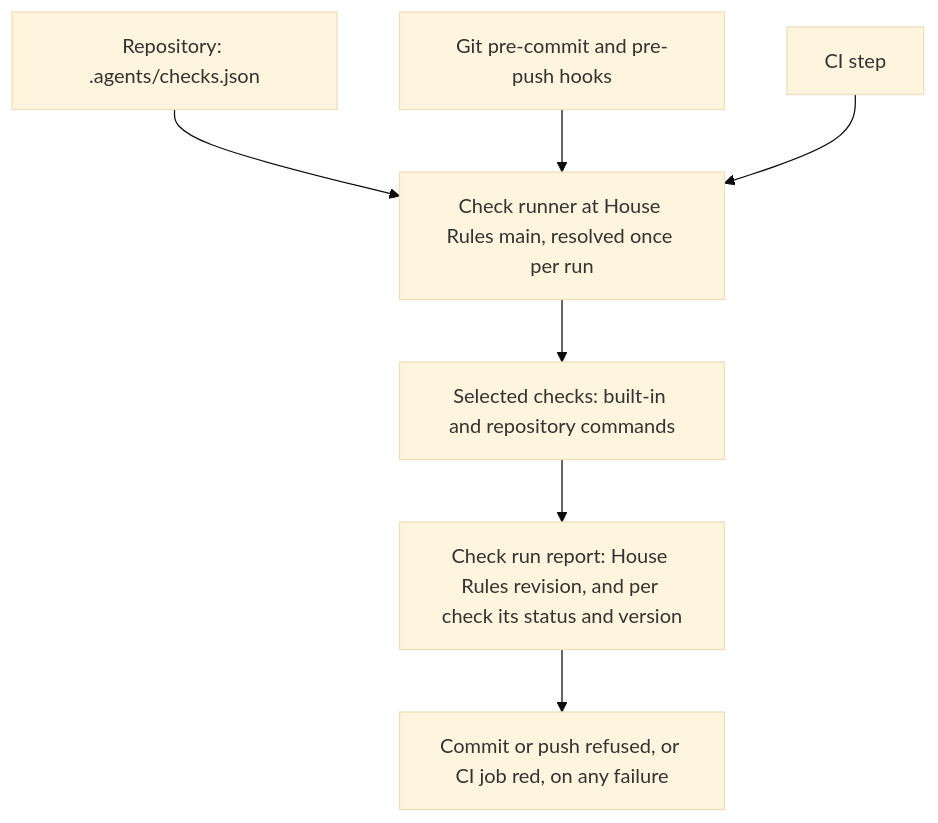
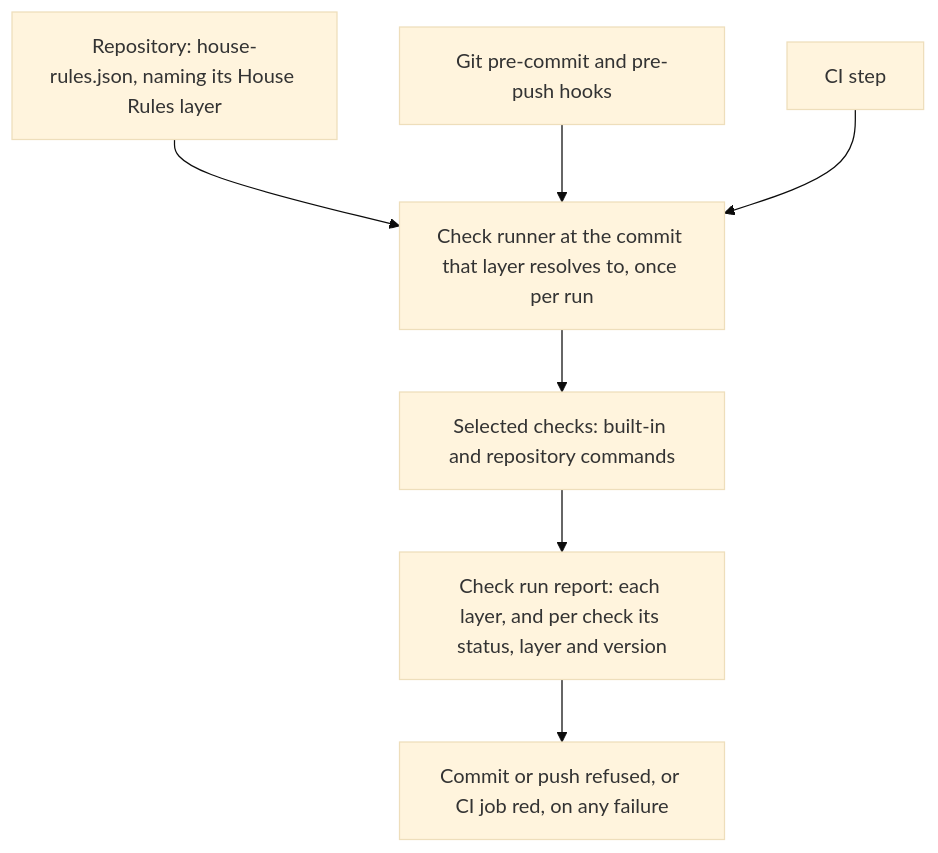
One commit to symbiotic-build/house-rules changed the diagram in docs/design/194-repository-checks.md. Above: the diagram before and after it, drawn with Mermaid (base theme). The commit also changed other lines of this file and 4 other files, not shown here.

````diff
--- a/docs/design/194-repository-checks.md
+++ b/docs/design/194-repository-checks.md
@@ -14,9 +14,9 @@
 ```mermaid
 flowchart TD
-    A["Repository: .agents/checks.json"] --> B["Check runner at House Rules main, resolved once per run"]
+    A["Repository: house-rules.json, naming its House Rules layer"] --> B["Check runner at the commit that layer resolves to, once per run"]
     C["Git pre-commit and pre-push hooks"] --> B
     D["CI step"] --> B
     B --> E["Selected checks: built-in and repository commands"]
-    E --> F["Check run report: House Rules revision, and per check its status and version"]
+    E --> F["Check run report: each layer, and per check its status, layer and version"]
     F --> G["Commit or push refused, or CI job red, on any failure"]
 ```
````
